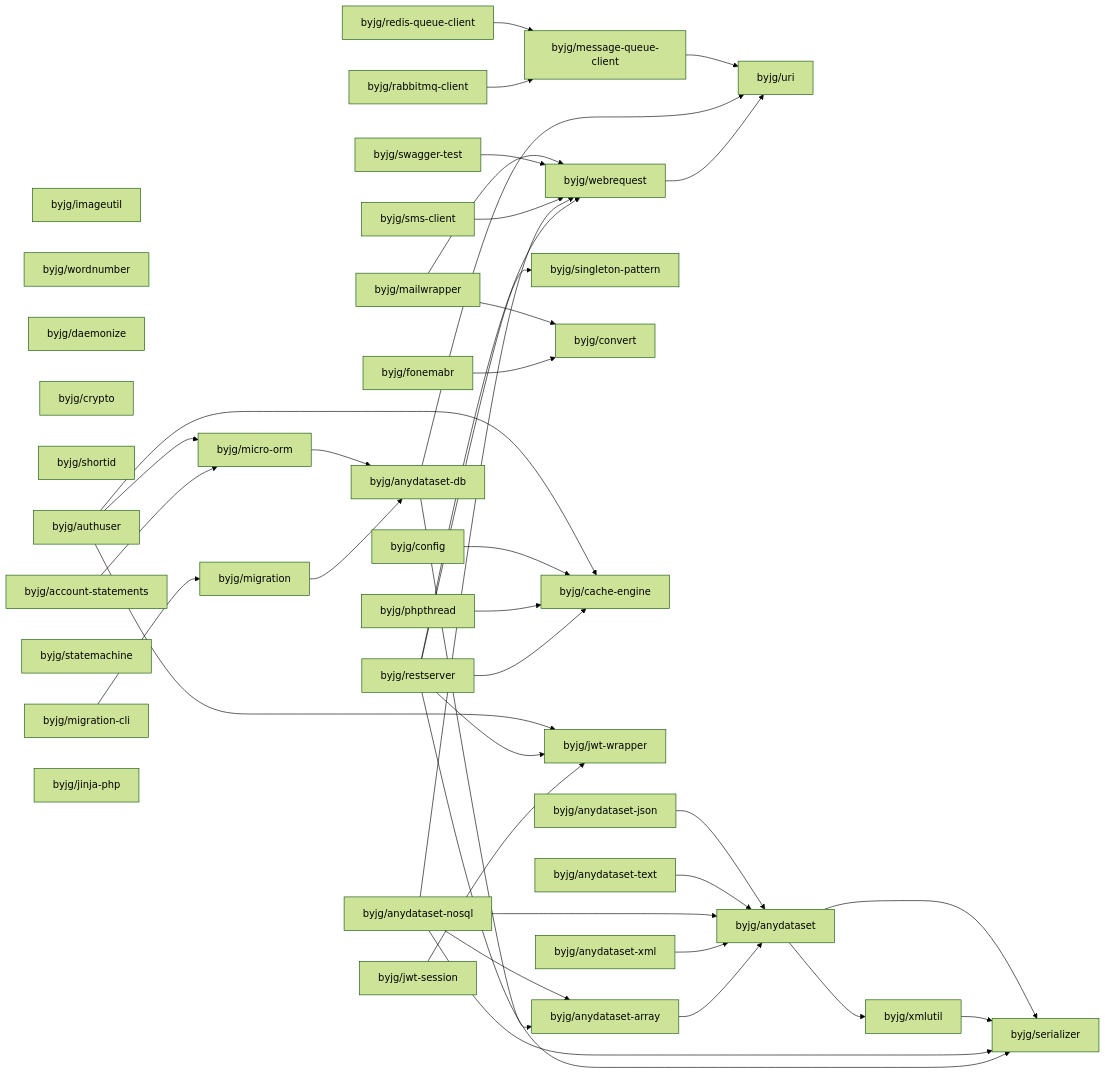
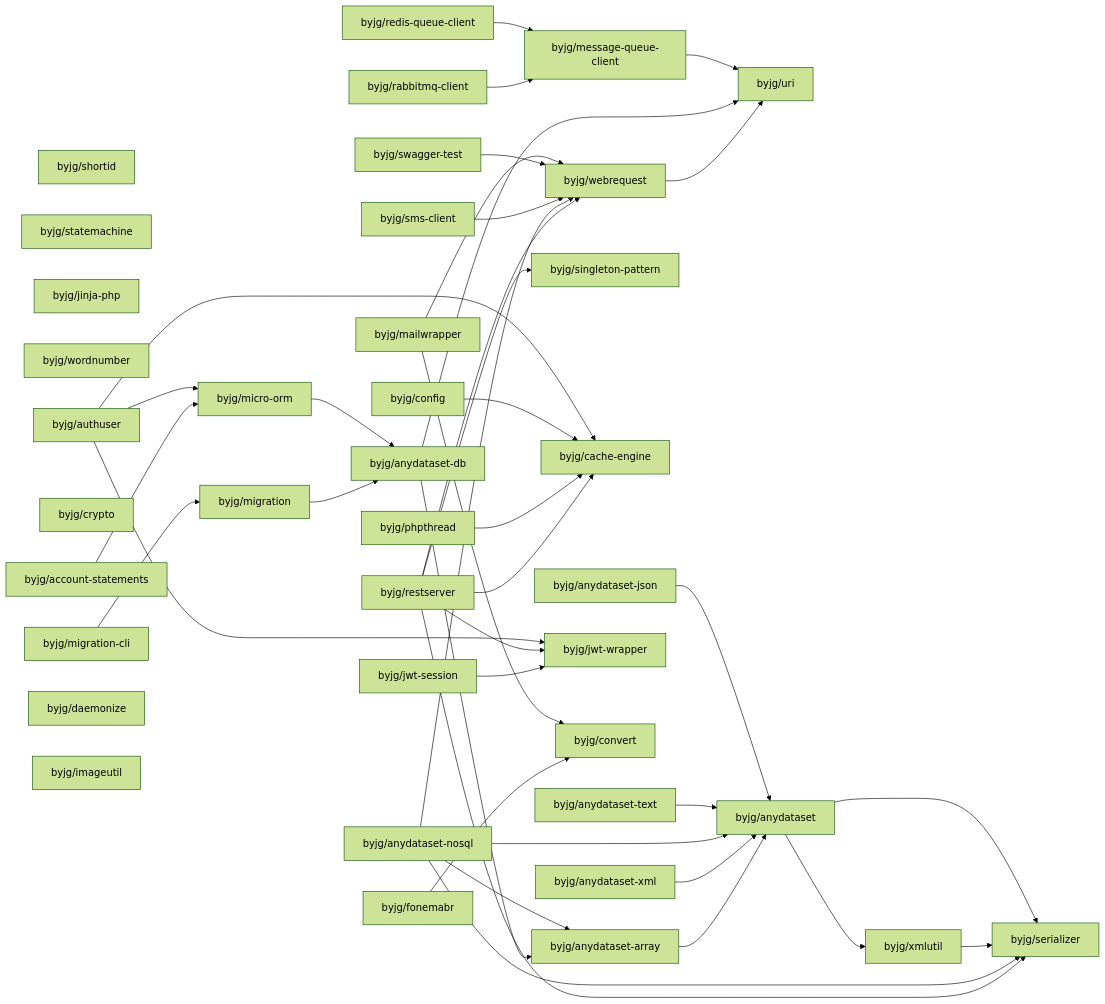
The diagram in docs/php/README.md (byjg/byjg.github.io), drawn with Mermaid (forest theme) before and after one commit. The commit also changed other lines of this file and 5 other files, not shown here.

Commit message:
Update documentation 'php' 'php-restserver'

````diff
--- a/docs/php/README.md
+++ b/docs/php/README.md
@@ -3,78 +3,78 @@
 ```mermaid
 graph LR;
+  byjg/anydataset-text;
+  byjg/shortid;
+  byjg/config;
+  byjg/anydataset-xml;
+  byjg/statemachine;
+  byjg/sms-client;
+  byjg/jinja-php;
+  byjg/wordnumber;
+  byjg/phpthread;
+  byjg/swagger-test;
+  byjg/authuser;
+  byjg/crypto;
+  byjg/mailwrapper;
+  byjg/anydataset-nosql;
+  byjg/account-statements;
+  byjg/migration-cli;
+  byjg/daemonize;
+  byjg/rabbitmq-client;
+  byjg/jwt-session;
+  byjg/restserver;
+  byjg/anydataset-json;
   byjg/imageutil;
-  byjg/restserver;
-  byjg/rabbitmq-client;
   byjg/fonemabr;
-  byjg/mailwrapper;
-  byjg/anydataset-text;
-  byjg/swagger-test;
-  byjg/wordnumber;
-  byjg/daemonize;
-  byjg/anydataset-nosql;
-  byjg/anydataset-xml;
-  byjg/phpthread;
-  byjg/crypto;
-  byjg/shortid;
-  byjg/migration-cli;
-  byjg/account-statements;
-  byjg/config;
-  byjg/statemachine;
-  byjg/authuser;
-  byjg/jwt-session;
-  byjg/anydataset-json;
-  byjg/sms-client;
   byjg/redis-queue-client;
-  byjg/jinja-php;
+  byjg/micro-orm;
+  byjg/migration;
   byjg/singleton-pattern;
+  byjg/cache-engine;
+  byjg/webrequest;
+  byjg/jwt-wrapper;
   byjg/convert;
-  byjg/migration;
-  byjg/micro-orm;
-  byjg/cache-engine;
-  byjg/jwt-wrapper;
-  byjg/webrequest;
   byjg/message-queue-client;
   byjg/anydataset-db;
   byjg/anydataset-array;
   byjg/uri;
   byjg/anydataset;
   byjg/xmlutil;
   byjg/serializer;
   byjg/account-statements --> byjg/micro-orm;
   byjg/fonemabr --> byjg/convert;
   byjg/webrequest --> byjg/uri;
   byjg/anydataset-array --> byjg/anydataset;
   byjg/anydataset-xml --> byjg/anydataset;
   byjg/rabbitmq-client --> byjg/message-queue-client;
   byjg/redis-queue-client --> byjg/message-queue-client;
   byjg/jwt-session --> byjg/jwt-wrapper;
   byjg/anydataset-db --> byjg/anydataset-array;
   byjg/anydataset-db --> byjg/uri;
   byjg/restserver --> byjg/serializer;
   byjg/restserver --> byjg/singleton-pattern;
   byjg/restserver --> byjg/cache-engine;
   byjg/restserver --> byjg/webrequest;
   byjg/restserver --> byjg/jwt-wrapper;
   byjg/migration --> byjg/anydataset-db;
   byjg/anydataset-nosql --> byjg/anydataset;
   byjg/anydataset-nosql --> byjg/anydataset-array;
   byjg/anydataset-nosql --> byjg/serializer;
   byjg/anydataset-nosql --> byjg/webrequest;
   byjg/phpthread --> byjg/cache-engine;
   byjg/sms-client --> byjg/webrequest;
   byjg/swagger-test --> byjg/webrequest;
   byjg/migration-cli --> byjg/migration;
   byjg/config --> byjg/cache-engine;
   byjg/anydataset-text --> byjg/anydataset;
   byjg/micro-orm --> byjg/anydataset-db;
   byjg/authuser --> byjg/micro-orm;
   byjg/authuser --> byjg/cache-engine;
   byjg/authuser --> byjg/jwt-wrapper;
   byjg/anydataset-json --> byjg/anydataset;
   byjg/mailwrapper --> byjg/convert;
   byjg/mailwrapper --> byjg/webrequest;
   byjg/xmlutil --> byjg/serializer;
   byjg/anydataset --> byjg/serializer;
   byjg/anydataset --> byjg/xmlutil;
   byjg/message-queue-client --> byjg/uri;
 ```
````
